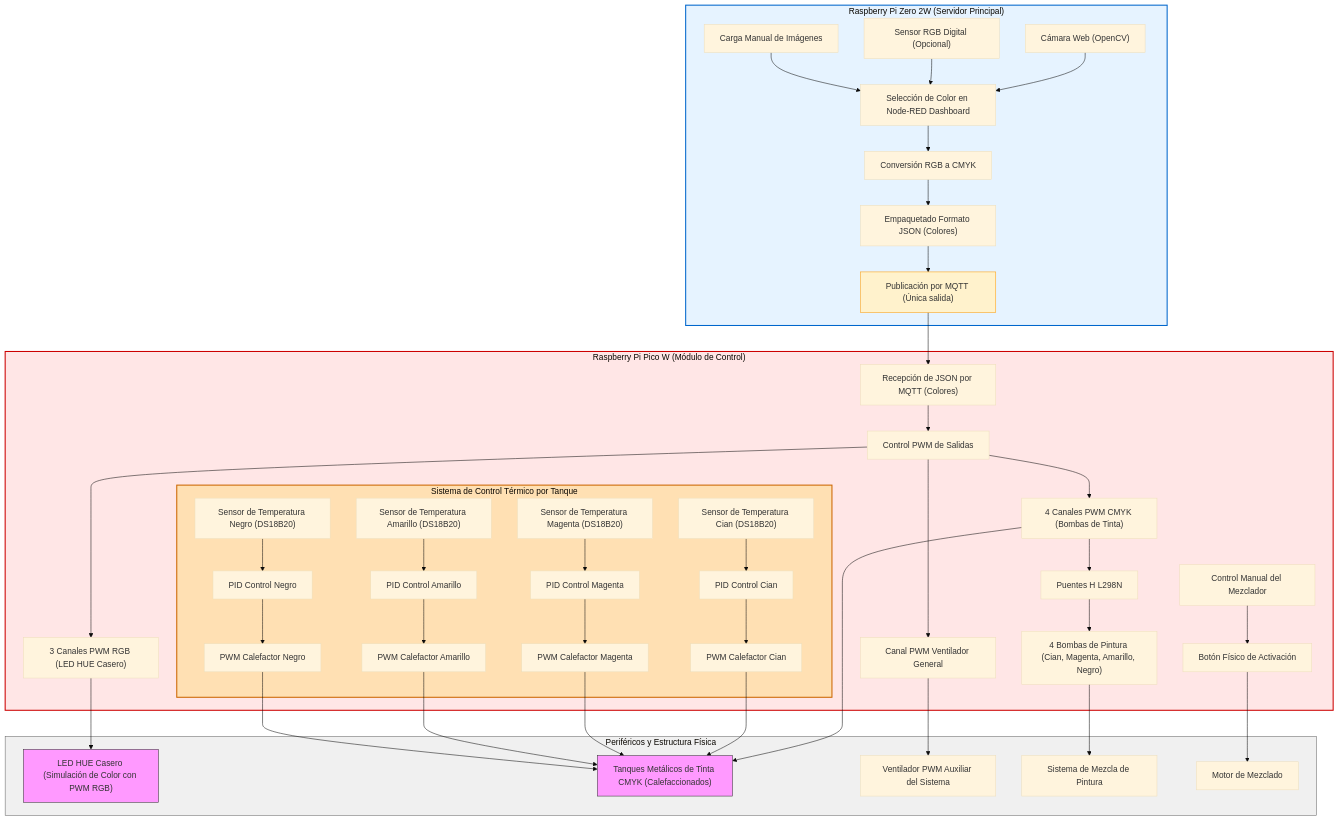
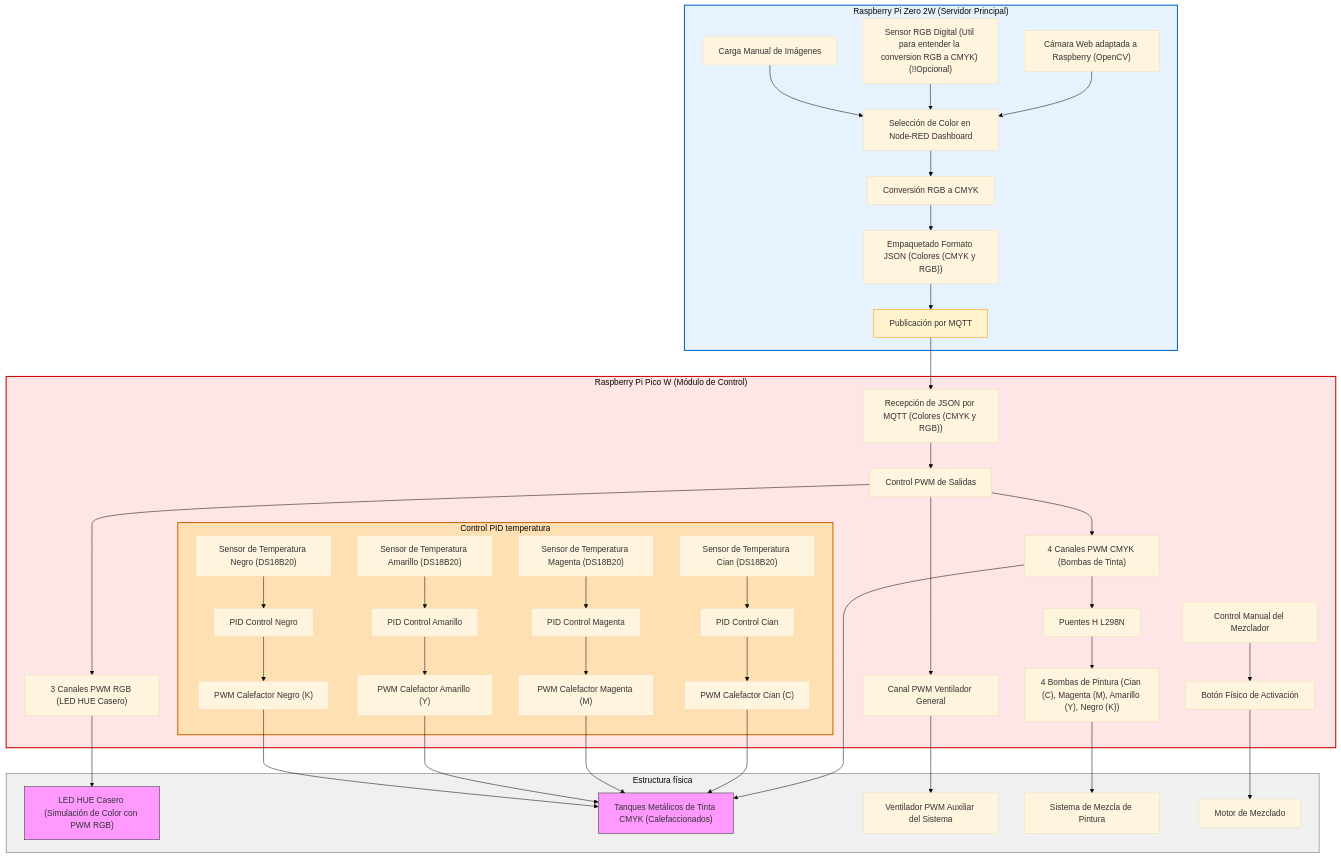
Before and after one commit to juandsandoval8/ChromaPID: the diagram in diagrama_MQTT.md, drawn with Mermaid (base theme).

````diff
--- a/diagrama_MQTT.md
+++ b/diagrama_MQTT.md
@@ -1,68 +1,68 @@
 ```mermaid
 flowchart TD
     %% ================= MAESTRO (Raspberry Pi Zero 2W) =================
     subgraph Maestro["Raspberry Pi Zero 2W (Servidor Principal)"]
-        A["Cámara Web (OpenCV)"] --> B["Selección de Color en Node-RED Dashboard"]
-        C["Sensor RGB Digital (Opcional)"] --> B
+        A["Cámara Web adaptada a Raspberry (OpenCV)"] --> B["Selección de Color en Node-RED Dashboard"]
+        C["Sensor RGB Digital (Util para entender la conversion RGB a CMYK) (!!Opcional)"] --> B
         D["Carga Manual de Imágenes"] --> B
         B --> E["Conversión RGB a CMYK"]
-        E --> F["Empaquetado Formato JSON (Colores)"]
-        F --> G["Publicación por MQTT (Única salida)"]
+        E --> F["Empaquetado Formato JSON (Colores (CMYK y RGB))"]
+        F --> G["Publicación por MQTT"]
     end
 
     %% ================= ESCLAVO (Raspberry Pi Pico W) =================
     subgraph Esclavo["Raspberry Pi Pico W (Módulo de Control)"]
-        G --> H["Recepción de JSON por MQTT (Colores)"]
+        G --> H["Recepción de JSON por MQTT (Colores (CMYK y RGB))"]
         H --> I["Control PWM de Salidas"]
 
         %% PWM
         I --> M["4 Canales PWM CMYK (Bombas de Tinta)"]
         I --> N["3 Canales PWM RGB (LED HUE Casero)"]
 
         %% Temperatura - Control Independiente
-        subgraph Temperatura["Sistema de Control Térmico por Tanque"]
+        subgraph Temperatura["Control PID temperatura"]
             J1["Sensor de Temperatura Cian (DS18B20)"] --> P1["PID Control Cian"]
             J2["Sensor de Temperatura Magenta (DS18B20)"] --> P2["PID Control Magenta"]
             J3["Sensor de Temperatura Amarillo (DS18B20)"] --> P3["PID Control Amarillo"]
             J4["Sensor de Temperatura Negro (DS18B20)"] --> P4["PID Control Negro"]
 
-            P1 --> T1["PWM Calefactor Cian"]
-            P2 --> T2["PWM Calefactor Magenta"]
-            P3 --> T3["PWM Calefactor Amarillo"]
-            P4 --> T4["PWM Calefactor Negro"]
+            P1 --> T1["PWM Calefactor Cian (C)"]
+            P2 --> T2["PWM Calefactor Magenta (M)"]
+            P3 --> T3["PWM Calefactor Amarillo (Y)"]
+            P4 --> T4["PWM Calefactor Negro (K)"]
         end
 
         %% Bombas
         M --> R["Puentes H L298N"]
-        R --> S["4 Bombas de Pintura (Cian, Magenta, Amarillo, Negro)"]
+        R --> S["4 Bombas de Pintura (Cian (C), Magenta (M), Amarillo (Y), Negro (K))"]
 
         %% Mezclador
         L["Control Manual del Mezclador"] --> Z["Botón Físico de Activación"]
 
         %% Ventilador Auxiliar
         I --> O["Canal PWM Ventilador General"]
     end
 
     %% ================= PERIFÉRICOS =================
-    subgraph Periféricos["Periféricos y Estructura Física"]
+    subgraph Periféricos["Estructura física"]
         N --> U["LED HUE Casero (Simulación de Color con PWM RGB)"]
         M --> V["Tanques Metálicos de Tinta CMYK (Calefaccionados)"]
         T1 --> V
         T2 --> V
         T3 --> V
         T4 --> V
         O --> W["Ventilador PWM Auxiliar del Sistema"]
         S --> Y["Sistema de Mezcla de Pintura"]
         Z --> X["Motor de Mezclado"]
     end
 
     %% ================= ESTILOS =================
     style Maestro fill:#e6f3ff,stroke:#0066cc,stroke-width:2px
     style Esclavo fill:#ffe6e6,stroke:#cc0000,stroke-width:2px
     style Temperatura fill:#ffe0b3,stroke:#cc6600,stroke-width:2px
     style Periféricos fill:#f0f0f0,stroke:#666,stroke-width:1px
     style G fill:#fff2cc,stroke:#ff9900,stroke-width:1px
     style V fill:#f9f,stroke:#333
     style U fill:#f9f,stroke:#333
 
 ```
````
